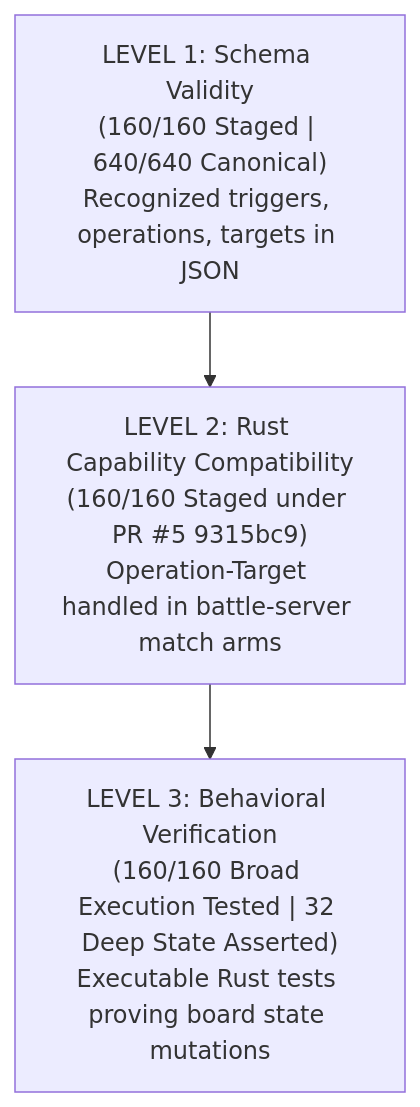
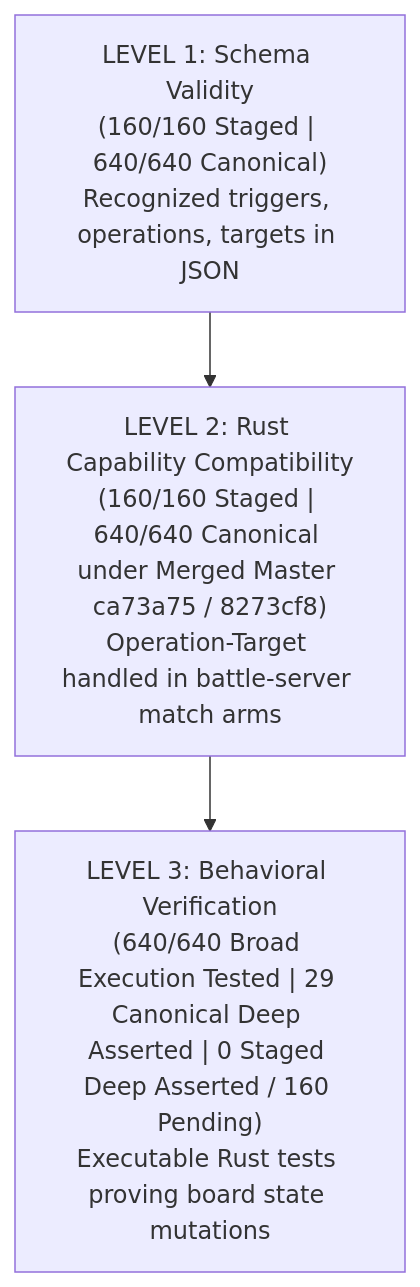
One commit to FrostyTheDevv/hearthglass changed the diagram in docs/production/CARD_640_RECONCILIATION.md. Above: the diagram before and after it, drawn with Mermaid. The commit also changed other lines of this file and 5 other files, not shown here.

Commit message:
feat(cards-world): reconcile PR #5 merge ca73a75 (8273cf8), zero canonical gaps, and align Level 3 test-proven behaviors [skip ci]

````diff
--- a/docs/production/CARD_640_RECONCILIATION.md
+++ b/docs/production/CARD_640_RECONCILIATION.md
@@ -99,9 +100,9 @@
 ```mermaid
 flowchart TD
     L1["LEVEL 1: Schema Validity\n(160/160 Staged | 640/640 Canonical)\nRecognized triggers, operations, targets in JSON"]
-    L2["LEVEL 2: Rust Capability Compatibility\n(160/160 Staged under PR #5 9315bc9)\nOperation-Target handled in battle-server match arms"]
-    L3["LEVEL 3: Behavioral Verification\n(160/160 Broad Execution Tested | 32 Deep State Asserted)\nExecutable Rust tests proving board state mutations"]
+    L2["LEVEL 2: Rust Capability Compatibility\n(160/160 Staged | 640/640 Canonical under Merged Master ca73a75 / 8273cf8)\nOperation-Target handled in battle-server match arms"]
+    L3["LEVEL 3: Behavioral Verification\n(640/640 Broad Execution Tested | 29 Canonical Deep Asserted | 0 Staged Deep Asserted / 160 Pending)\nExecutable Rust tests proving board state mutations"]
 
     L1 --> L2
     L2 --> L3
 ```
````
